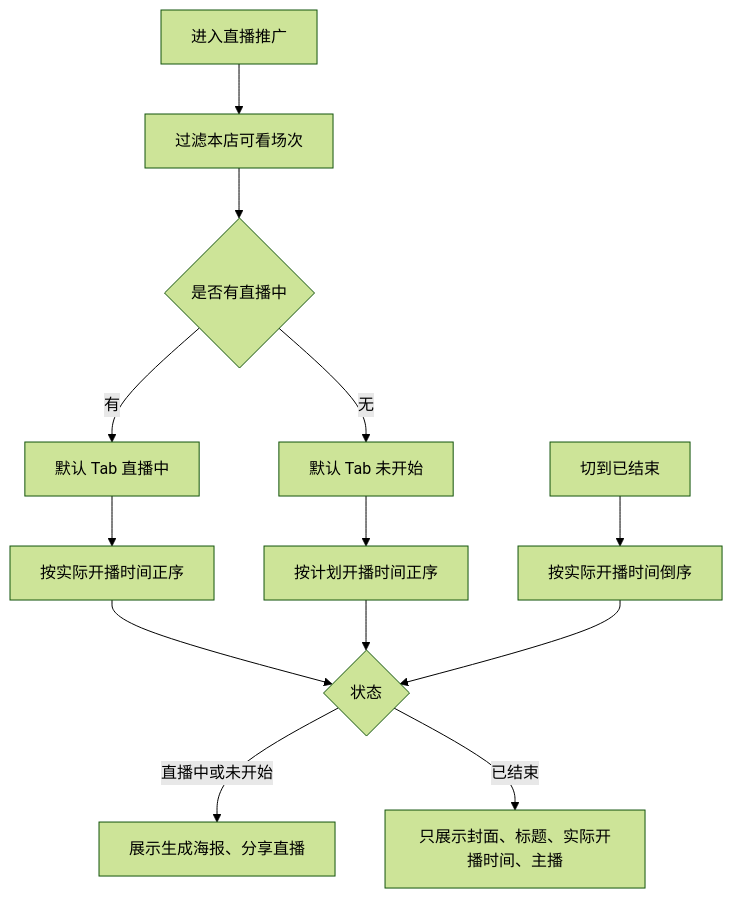
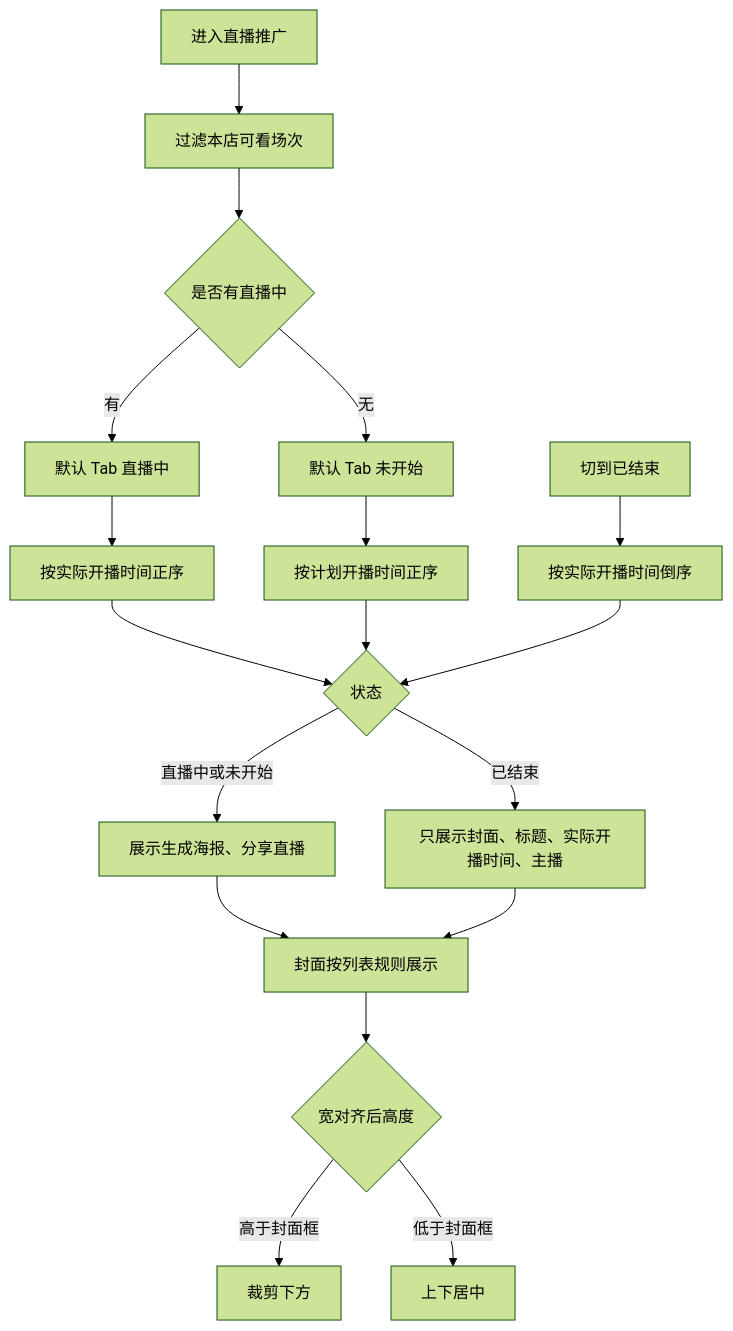
Before and after one commit to 342-droid/LFerp: the second of 7 diagrams in prototype-prd/628-丰银宝支持通过分享冷丰鲜选直播场次链接绑定推广会员.md, drawn with Mermaid (forest theme). The commit also changed other lines of this file and 16 other files, not shown here.

````diff
--- a/prototype-prd/628-丰银宝支持通过分享冷丰鲜选直播场次链接绑定推广会员.md
+++ b/prototype-prd/628-丰银宝支持通过分享冷丰鲜选直播场次链接绑定推广会员.md
@@ -106,15 +106,20 @@
 ```mermaid
 flowchart TD
   A[进入直播推广] --> B[过滤本店可看场次]
   B --> C{是否有直播中}
   C -->|有| D[默认 Tab 直播中]
   C -->|无| E[默认 Tab 未开始]
   D --> F[按实际开播时间正序]
   E --> G[按计划开播时间正序]
   H[切到已结束] --> I[按实际开播时间倒序]
   F --> J{状态}
   G --> J
   I --> J
   J -->|直播中或未开始| K[展示生成海报、分享直播]
   J -->|已结束| L[只展示封面、标题、实际开播时间、主播]
+  K --> M[封面按列表规则展示]
+  L --> M
+  M --> N{宽对齐后高度}
+  N -->|高于封面框| O[裁剪下方]
+  N -->|低于封面框| P[上下居中]
 ```
````
